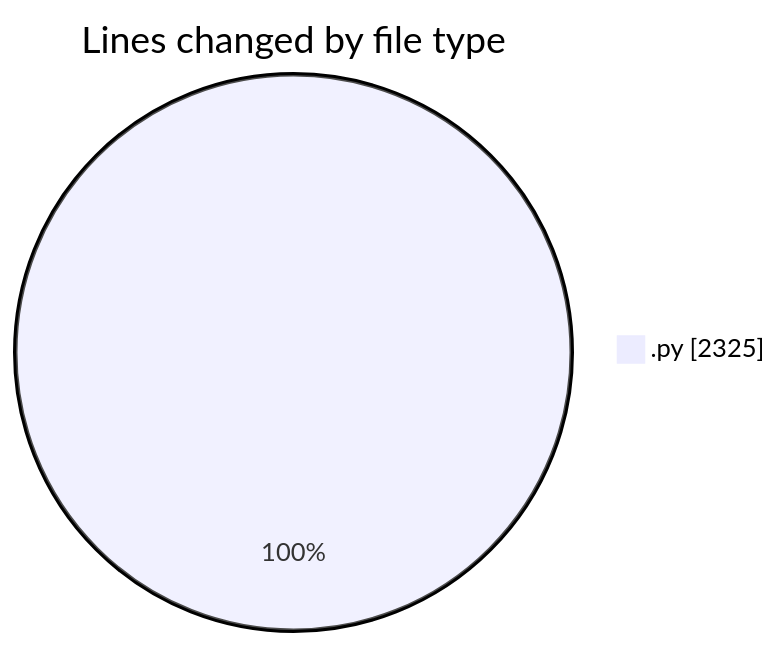
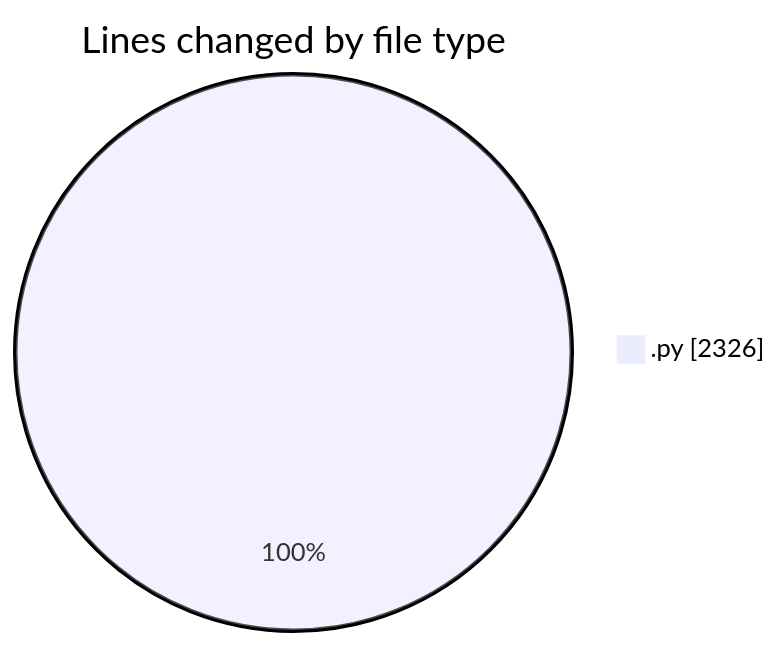
Before and after one commit to julien-gomy/code-tracking: the first of 2 diagrams in 2025-11-23/eventscop-api-guide__workspace_/README.md, drawn with Mermaid. The commit also changed other lines of this file and 1 other file, not shown here.

````diff
--- a/2025-11-23/eventscop-api-guide__workspace_/README.md
+++ b/2025-11-23/eventscop-api-guide__workspace_/README.md
@@ -31,5 +31,5 @@
 ```mermaid
 pie showData
 title Lines changed by file type
-".py" : 2325
+".py" : 2326
 ```
````
